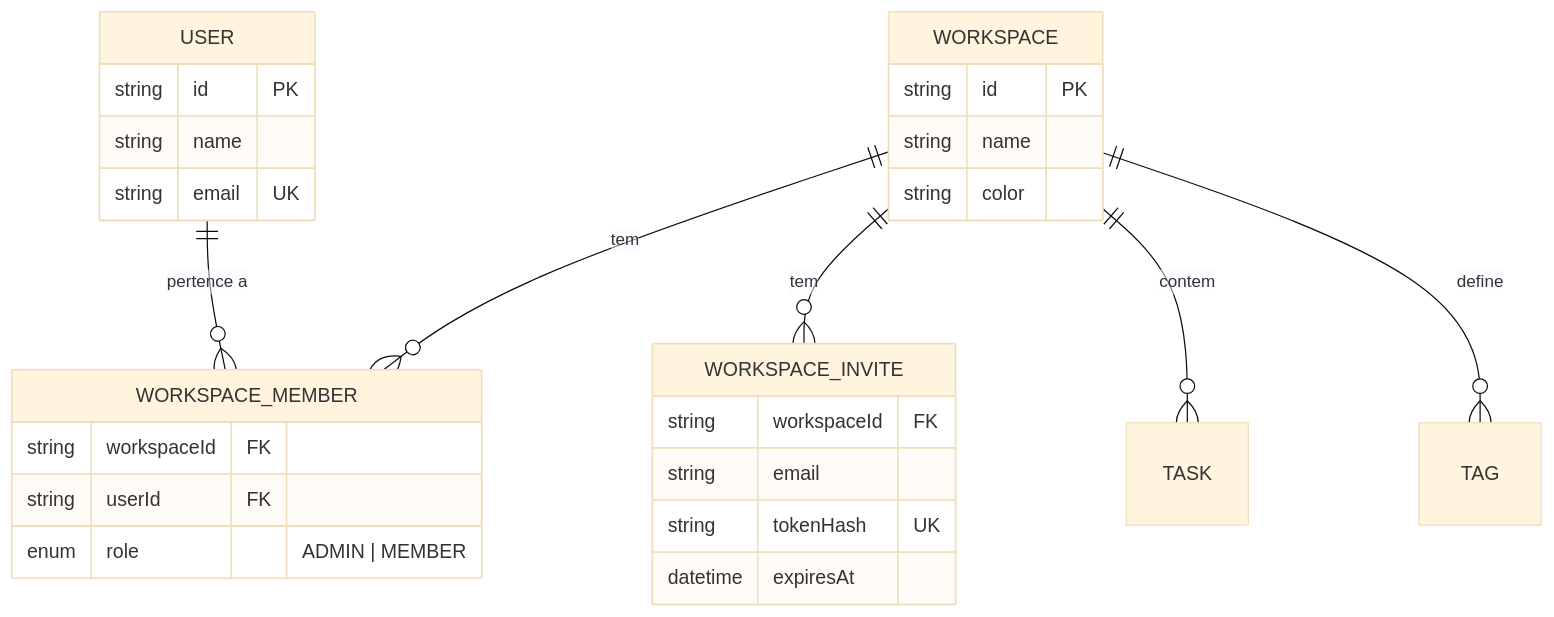
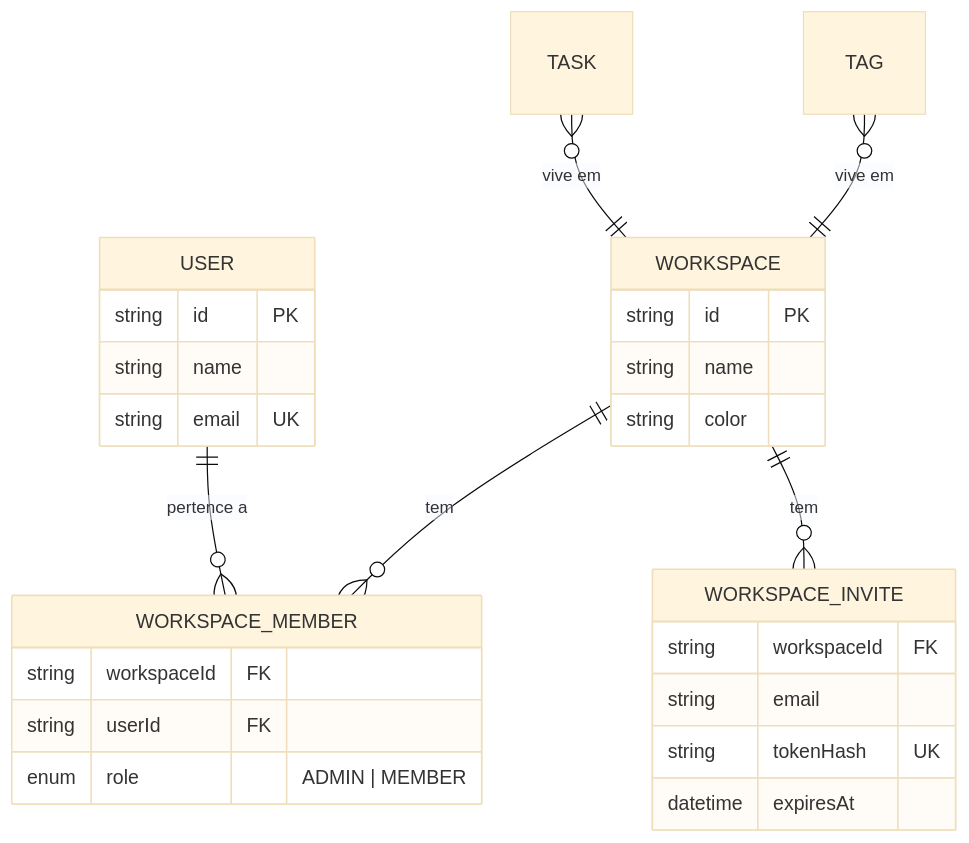
The eighth of 15 diagrams in BOOK.pt-BR.md (felipefontoura/spec-driven-development-book), drawn with Mermaid (base theme) before and after one commit. The commit also changed other lines of this file and 1 other file, not shown here.

````diff
--- a/BOOK.pt-BR.md
+++ b/BOOK.pt-BR.md
@@ -1507,30 +1495,30 @@
 ```mermaid
 erDiagram
     USER ||--o{ WORKSPACE_MEMBER : "pertence a"
     WORKSPACE ||--o{ WORKSPACE_MEMBER : "tem"
     WORKSPACE ||--o{ WORKSPACE_INVITE : "tem"
-    WORKSPACE ||--o{ TASK : "contem"
-    WORKSPACE ||--o{ TAG : "define"
+    TASK }o--|| WORKSPACE : "vive em"
+    TAG }o--|| WORKSPACE : "vive em"
 
     USER {
         string id PK
         string name
         string email UK
     }
     WORKSPACE {
         string id PK
         string name
         string color
     }
     WORKSPACE_MEMBER {
         string workspaceId FK
         string userId FK
         enum role "ADMIN | MEMBER"
     }
     WORKSPACE_INVITE {
         string workspaceId FK
         string email
         string tokenHash UK
         datetime expiresAt
     }
 ```
````
